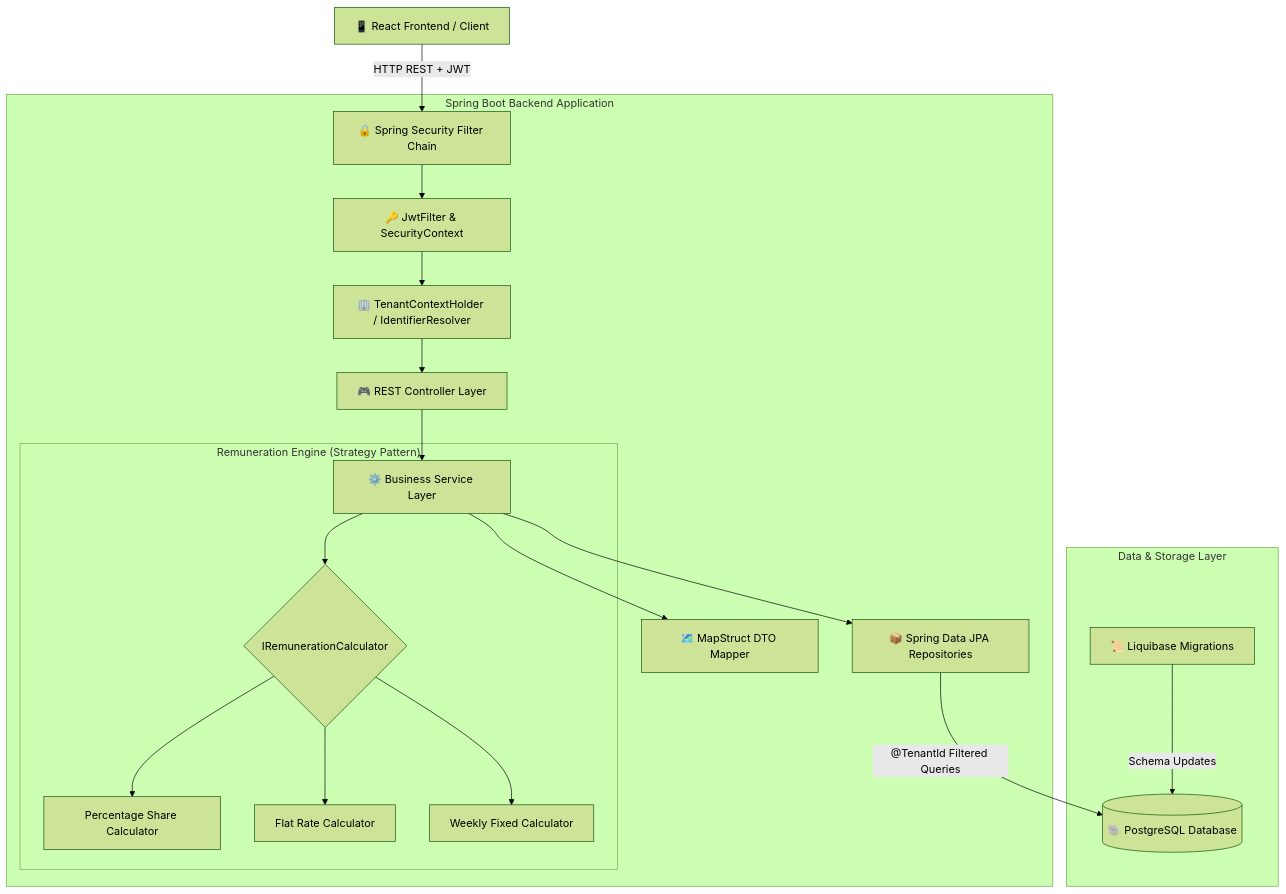
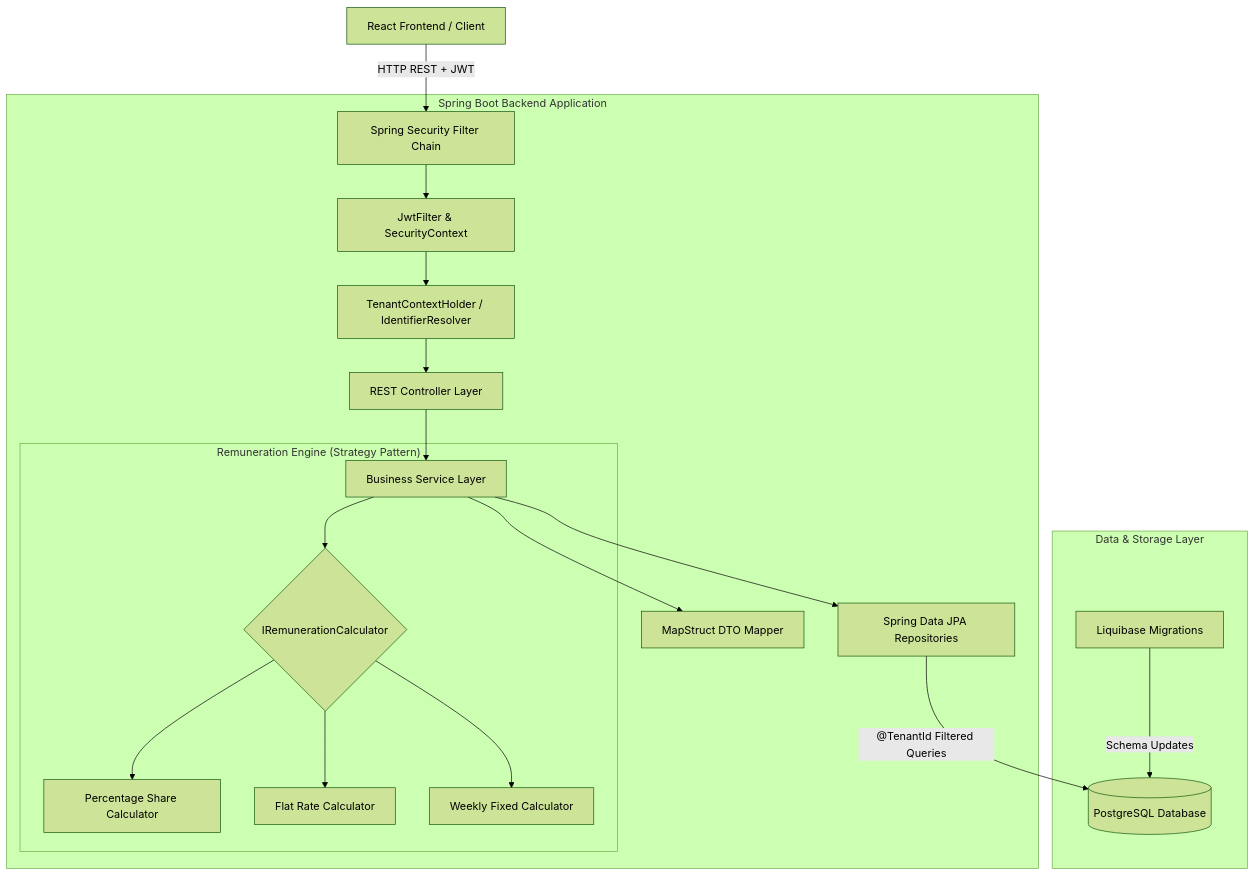
One commit to markokosic/taxios-backend changed the first of 2 diagrams in README.md. Above: the diagram before and after it, drawn with Mermaid (forest theme). The commit also changed other lines of this file and 1 other file, not shown here.

````diff
--- a/README.md
+++ b/README.md
@@ -106,27 +91,27 @@
 ```mermaid
 graph TD
-    Client["📱 React Frontend / Client"] -->|HTTP REST + JWT| SecurityFilter["🔒 Spring Security Filter Chain"]
+    Client["React Frontend / Client"] -->|HTTP REST + JWT| SecurityFilter["Spring Security Filter Chain"]
     
     subgraph "Spring Boot Backend Application"
-        SecurityFilter --> JwtAuth["🔑 JwtFilter & SecurityContext"]
-        JwtAuth --> TenantResolver["🏢 TenantContextHolder / IdentifierResolver"]
-        TenantResolver --> ControllerLayer["🎮 REST Controller Layer"]
+        SecurityFilter --> JwtAuth["JwtFilter & SecurityContext"]
+        JwtAuth --> TenantResolver["TenantContextHolder / IdentifierResolver"]
+        TenantResolver --> ControllerLayer["REST Controller Layer"]
         
-        ControllerLayer --> ServiceLayer["⚙️ Business Service Layer"]
+        ControllerLayer --> ServiceLayer["Business Service Layer"]
         
         subgraph "Remuneration Engine (Strategy Pattern)"
             ServiceLayer --> CalcStrategy{"IRemunerationCalculator"}
             CalcStrategy --> PercCalc["Percentage Share Calculator"]
             CalcStrategy --> FlatCalc["Flat Rate Calculator"]
             CalcStrategy --> WeeklyCalc["Weekly Fixed Calculator"]
         end
         
-        ServiceLayer --> Mapper["🗺️ MapStruct DTO Mapper"]
-        ServiceLayer --> RepoLayer["📦 Spring Data JPA Repositories"]
+        ServiceLayer --> Mapper["MapStruct DTO Mapper"]
+        ServiceLayer --> RepoLayer["Spring Data JPA Repositories"]
     end
     
     subgraph "Data & Storage Layer"
-        RepoLayer -->|"@TenantId Filtered Queries"| PostgresDB[("🐘 PostgreSQL Database")]
-        Liquibase["📜 Liquibase Migrations"] -->|Schema Updates| PostgresDB
+        RepoLayer -->|"@TenantId Filtered Queries"| PostgresDB[("PostgreSQL Database")]
+        Liquibase["Liquibase Migrations"] -->|Schema Updates| PostgresDB
     end
 ```
````
